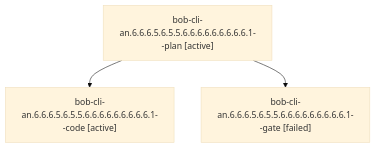
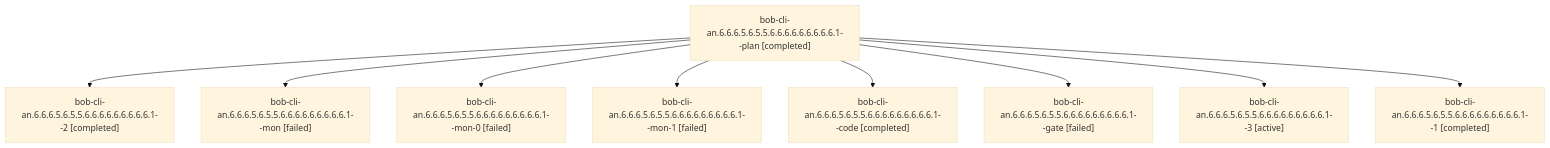
Before and after one commit to bobs-org/bob-cli--agents: the diagram in sessions/bbugyi200.athena.bob-cli-an.6.6.6.5.6.5.5.6.6.6.6.6.6.6.6.6.1.md, drawn with Mermaid (base theme). The commit also changed other lines of this file and 653 other files, not shown here.

````diff
--- a/sessions/bbugyi200.athena.bob-cli-an.6.6.6.5.6.5.5.6.6.6.6.6.6.6.6.6.1.md
+++ b/sessions/bbugyi200.athena.bob-cli-an.6.6.6.5.6.5.5.6.6.6.6.6.6.6.6.6.1.md
@@ -9,8 +9,20 @@
 ```mermaid
 flowchart TD
-  n0["bob-cli-an.6.6.6.5.6.5.5.6.6.6.6.6.6.6.6.6.1--plan [active]"]
-  n1["bob-cli-an.6.6.6.5.6.5.5.6.6.6.6.6.6.6.6.6.1--code [active]"]
+  n0["bob-cli-an.6.6.6.5.6.5.5.6.6.6.6.6.6.6.6.6.1--plan [completed]"]
+  n1["bob-cli-an.6.6.6.5.6.5.5.6.6.6.6.6.6.6.6.6.1--2 [completed]"]
   n0 --> n1
-  n2["bob-cli-an.6.6.6.5.6.5.5.6.6.6.6.6.6.6.6.6.1--gate [failed]"]
+  n2["bob-cli-an.6.6.6.5.6.5.5.6.6.6.6.6.6.6.6.6.1--mon [failed]"]
   n0 --> n2
+  n3["bob-cli-an.6.6.6.5.6.5.5.6.6.6.6.6.6.6.6.6.1--mon-0 [failed]"]
+  n0 --> n3
+  n4["bob-cli-an.6.6.6.5.6.5.5.6.6.6.6.6.6.6.6.6.1--mon-1 [failed]"]
+  n0 --> n4
+  n5["bob-cli-an.6.6.6.5.6.5.5.6.6.6.6.6.6.6.6.6.1--code [completed]"]
+  n0 --> n5
+  n6["bob-cli-an.6.6.6.5.6.5.5.6.6.6.6.6.6.6.6.6.1--gate [failed]"]
+  n0 --> n6
+  n7["bob-cli-an.6.6.6.5.6.5.5.6.6.6.6.6.6.6.6.6.1--3 [active]"]
+  n0 --> n7
+  n8["bob-cli-an.6.6.6.5.6.5.5.6.6.6.6.6.6.6.6.6.1--1 [completed]"]
+  n0 --> n8
 ```
````
